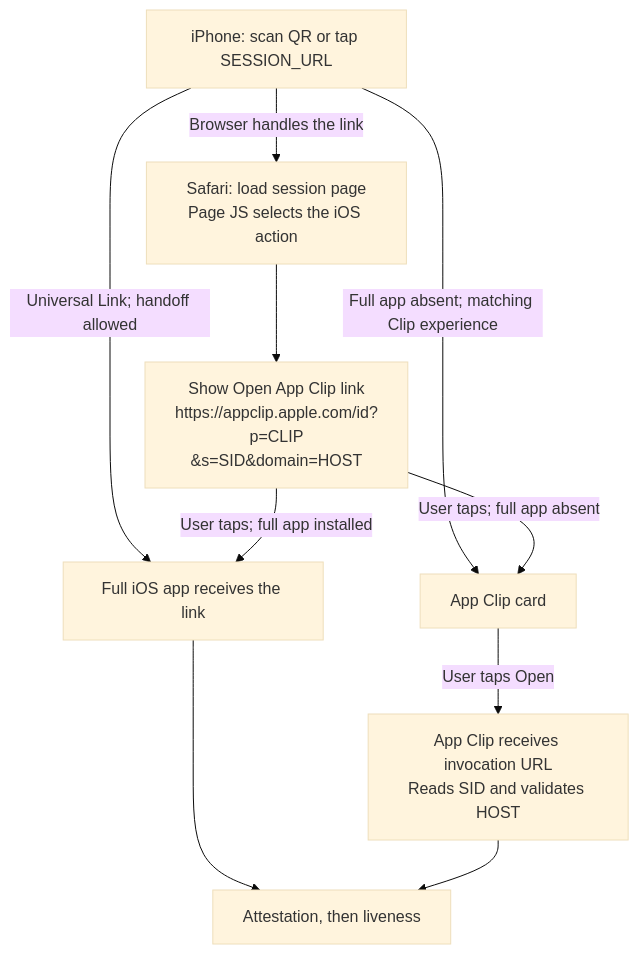
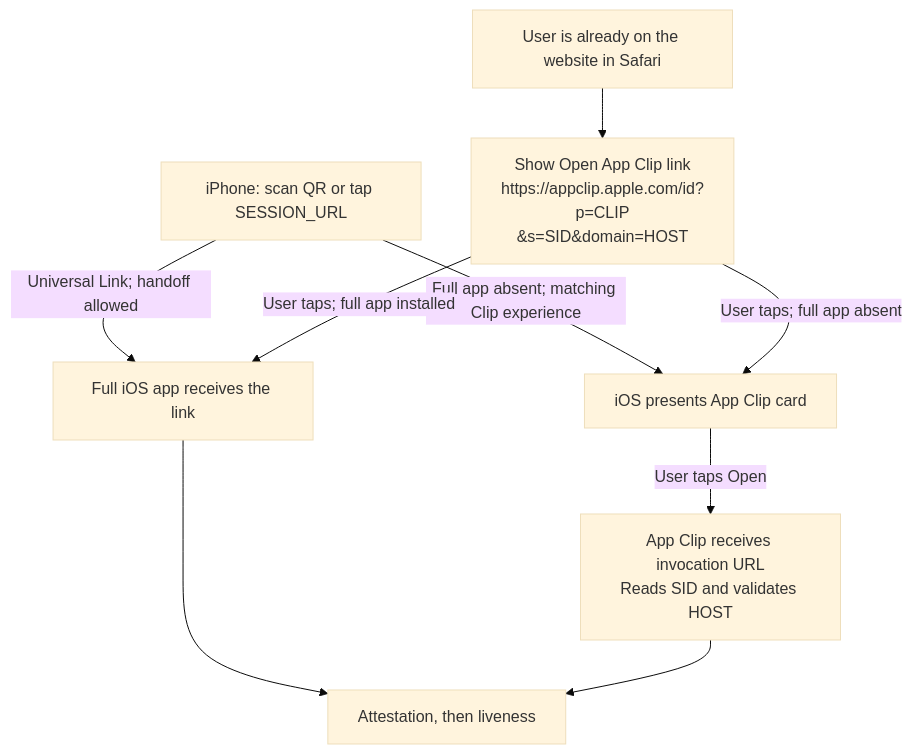
One commit to Azure-Samples/azure-ai-vision-sdk changed the third of 3 diagrams in backend_samples/INTRODUCTION.md. Above: the diagram before and after it, drawn with Mermaid (base theme). The commit also changed other lines of this file, not shown here.

````diff
--- a/backend_samples/INTRODUCTION.md
+++ b/backend_samples/INTRODUCTION.md
@@ -207,12 +206,11 @@
 ```mermaid
 flowchart TD
     Entry["iPhone: scan QR or tap SESSION_URL"] -->|Universal Link; handoff allowed| App["Full iOS app receives the link"]
-    Entry -->|Full app absent; matching Clip experience| Card["App Clip card"]
-    Entry -->|Browser handles the link| Web["Safari: load session page<br/>Page JS selects the iOS action"]
-    Web --> Button["Show Open App Clip link<br/>https://appclip.apple.com/id?p=CLIP<br/>&amp;s=SID&amp;domain=HOST"]
+    Entry -->|Full app absent; matching Clip experience| Card["iOS presents App Clip card"]
+    Web["User is already on the website in Safari"] --> Button["Show Open App Clip link<br/>https://appclip.apple.com/id?p=CLIP<br/>&amp;s=SID&amp;domain=HOST"]
     Button -->|User taps; full app installed| App
     Button -->|User taps; full app absent| Card
     Card -->|User taps Open| Clip["App Clip receives invocation URL<br/>Reads SID and validates HOST"]
     App --> Check["Attestation, then liveness"]
     Clip --> Check
 ```
````
